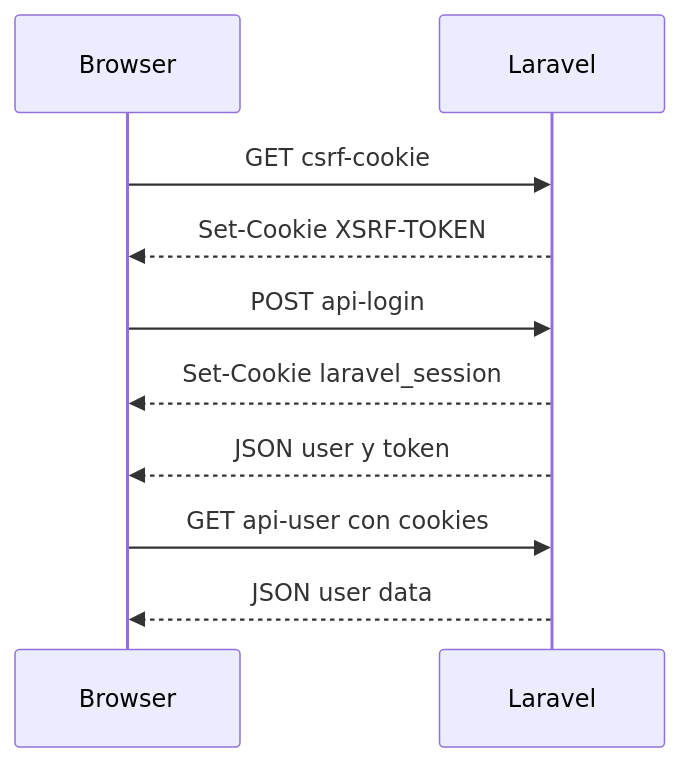
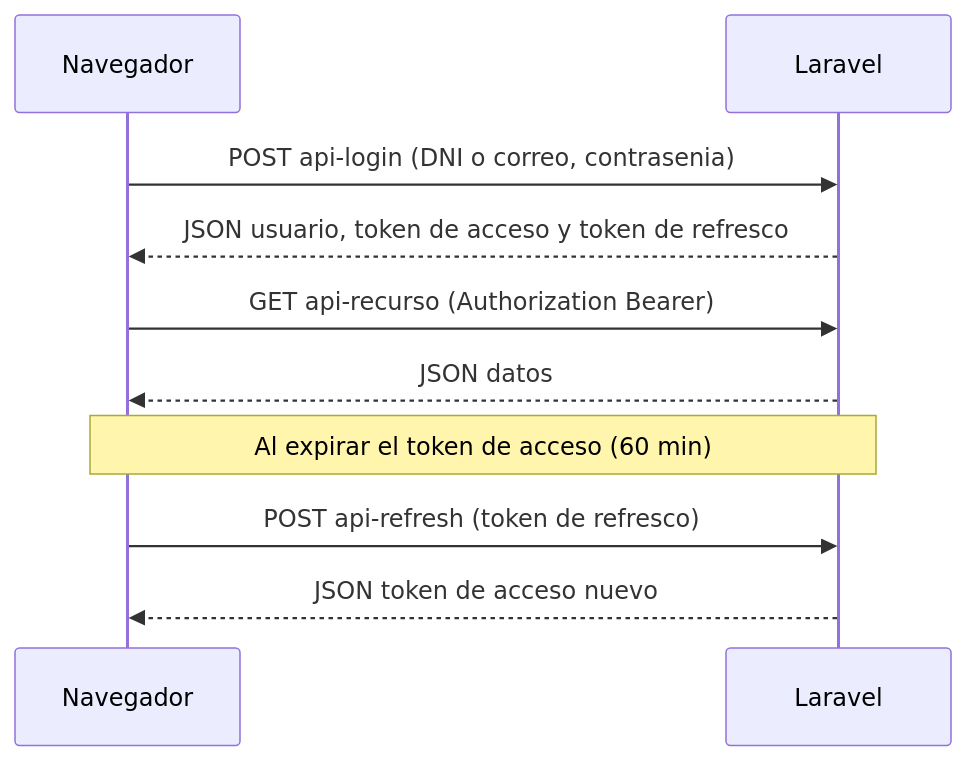
Before and after one commit to jorgevasquezutec/miboleta: the second of 3 diagrams in docs/TECHNICAL-DOCUMENTATION.md, drawn with Mermaid. The commit also changed other lines of this file and 5 other files, not shown here.

````diff
--- a/docs/TECHNICAL-DOCUMENTATION.md
+++ b/docs/TECHNICAL-DOCUMENTATION.md
@@ -341,15 +349,15 @@
 ```mermaid
 sequenceDiagram
-    participant Browser
+    participant Navegador
     participant Laravel
-  
-    Browser->>Laravel: GET csrf-cookie
-    Laravel-->>Browser: Set-Cookie XSRF-TOKEN
-  
-    Browser->>Laravel: POST api-login
-    Laravel-->>Browser: Set-Cookie laravel_session
-    Laravel-->>Browser: JSON user y token
-  
-    Browser->>Laravel: GET api-user con cookies
-    Laravel-->>Browser: JSON user data
+
+    Navegador->>Laravel: POST api-login (DNI o correo, contrasenia)
+    Laravel-->>Navegador: JSON usuario, token de acceso y token de refresco
+
+    Navegador->>Laravel: GET api-recurso (Authorization Bearer)
+    Laravel-->>Navegador: JSON datos
+
+    Note over Navegador,Laravel: Al expirar el token de acceso (60 min)
+    Navegador->>Laravel: POST api-refresh (token de refresco)
+    Laravel-->>Navegador: JSON token de acceso nuevo
 ```
````
